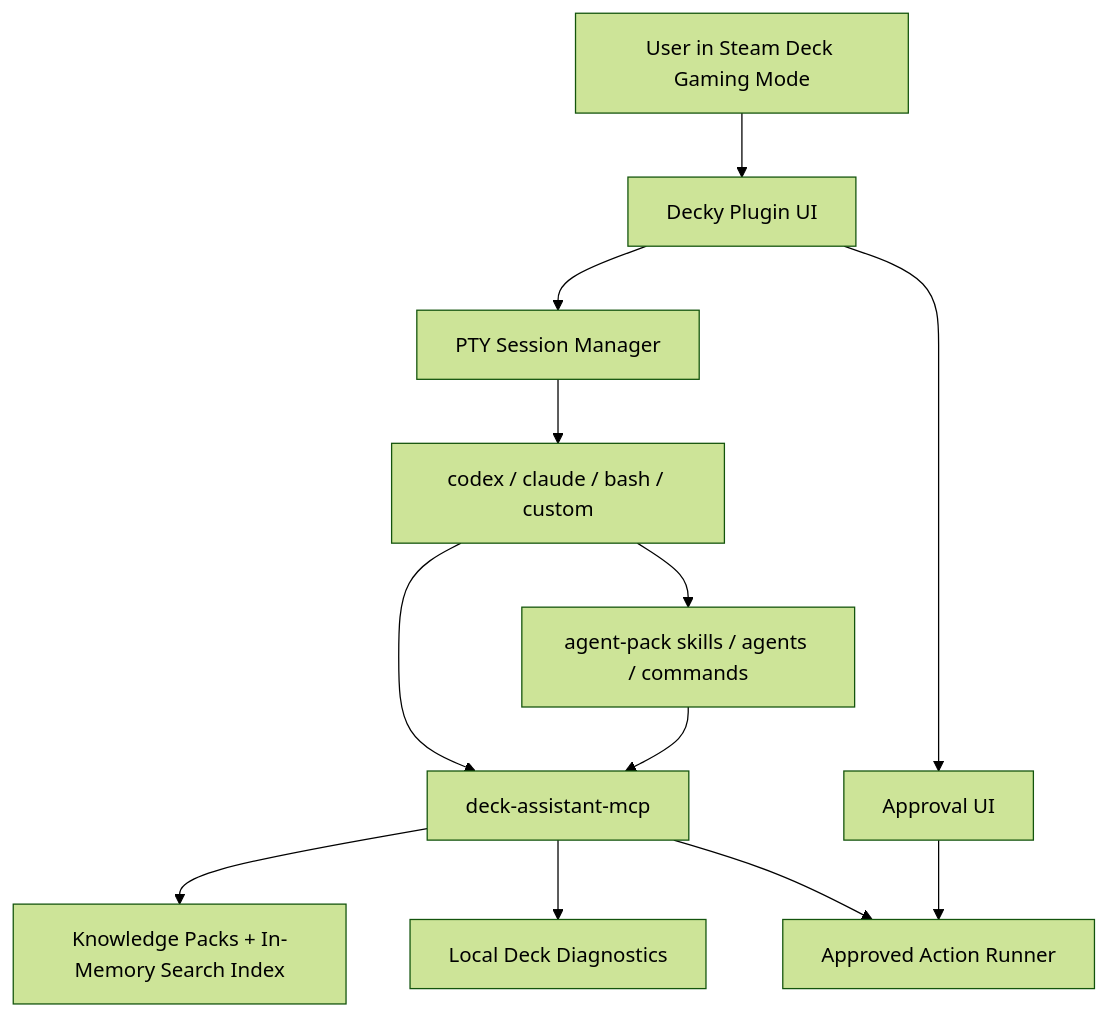
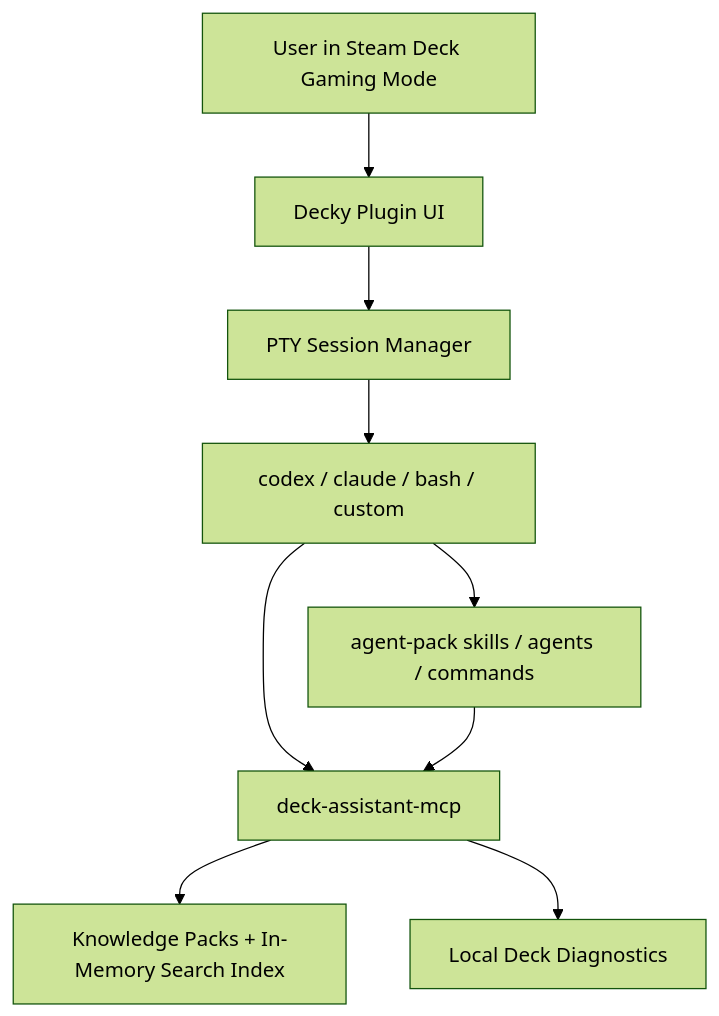
One commit to Nemec163/decky-ai-assistant changed the diagram in docs/architecture.md. Above: the diagram before and after it, drawn with Mermaid (forest theme). The commit also changed other lines of this file and 61 other files, not shown here.

````diff
--- a/docs/architecture.md
+++ b/docs/architecture.md
@@ -11,14 +11,11 @@
 ```mermaid
 flowchart TD
   User["User in Steam Deck Gaming Mode"] --> Decky["Decky Plugin UI"]
   Decky --> PTY["PTY Session Manager"]
   PTY --> CLI["codex / claude / bash / custom"]
-  Decky --> Approval["Approval UI"]
   CLI --> MCP["deck-assistant-mcp"]
   MCP --> Knowledge["Knowledge Packs + In-Memory Search Index"]
   MCP --> Diagnostics["Local Deck Diagnostics"]
-  MCP --> Actions["Approved Action Runner"]
-  Approval --> Actions
   CLI --> AgentPack["agent-pack skills / agents / commands"]
   AgentPack --> MCP
 ```
````
